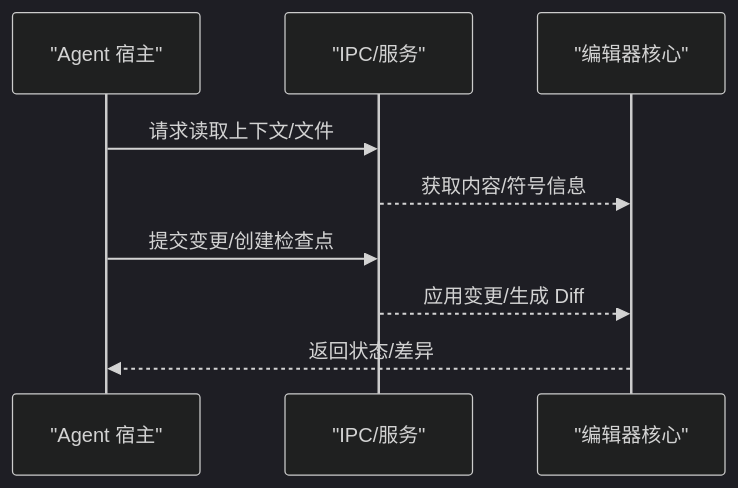
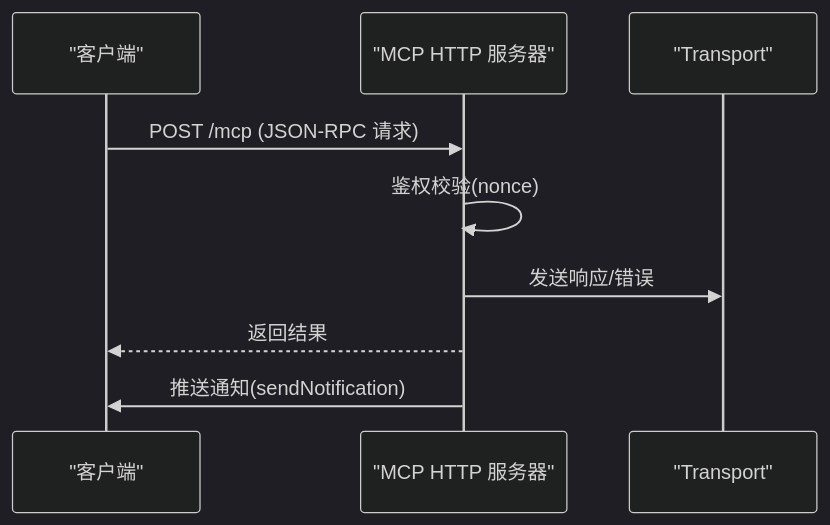
Before and after one commit to sofate798/KodrixCode: the sixth of 9 diagrams in .qoder/repowiki/zh/content/架构设计/组件交互模式.md, drawn with Mermaid (dark theme). The commit also changed other lines of this file and 178 other files, not shown here.

````diff
--- a/.qoder/repowiki/zh/content/架构设计/组件交互模式.md
+++ b/.qoder/repowiki/zh/content/架构设计/组件交互模式.md
@@ -193,11 +223,11 @@
 ```mermaid
 sequenceDiagram
-participant Agent as "Agent 宿主"
-participant IPC as "IPC/服务"
-participant Editor as "编辑器核心"
-Agent->>IPC : 请求读取上下文/文件
-IPC-->>Editor : 获取内容/符号信息
-Agent->>IPC : 提交变更/创建检查点
-IPC-->>Editor : 应用变更/生成 Diff
-Editor-->>Agent : 返回状态/差异
+participant Client as "客户端"
+participant Server as "MCP HTTP 服务器"
+participant Transport as "Transport"
+Client->>Server : POST /mcp (JSON-RPC 请求)
+Server->>Server : 鉴权校验(nonce)
+Server->>Transport : 发送响应/错误
+Server-->>Client : 返回结果
+Server->>Client : 推送通知(sendNotification)
 ```
````
